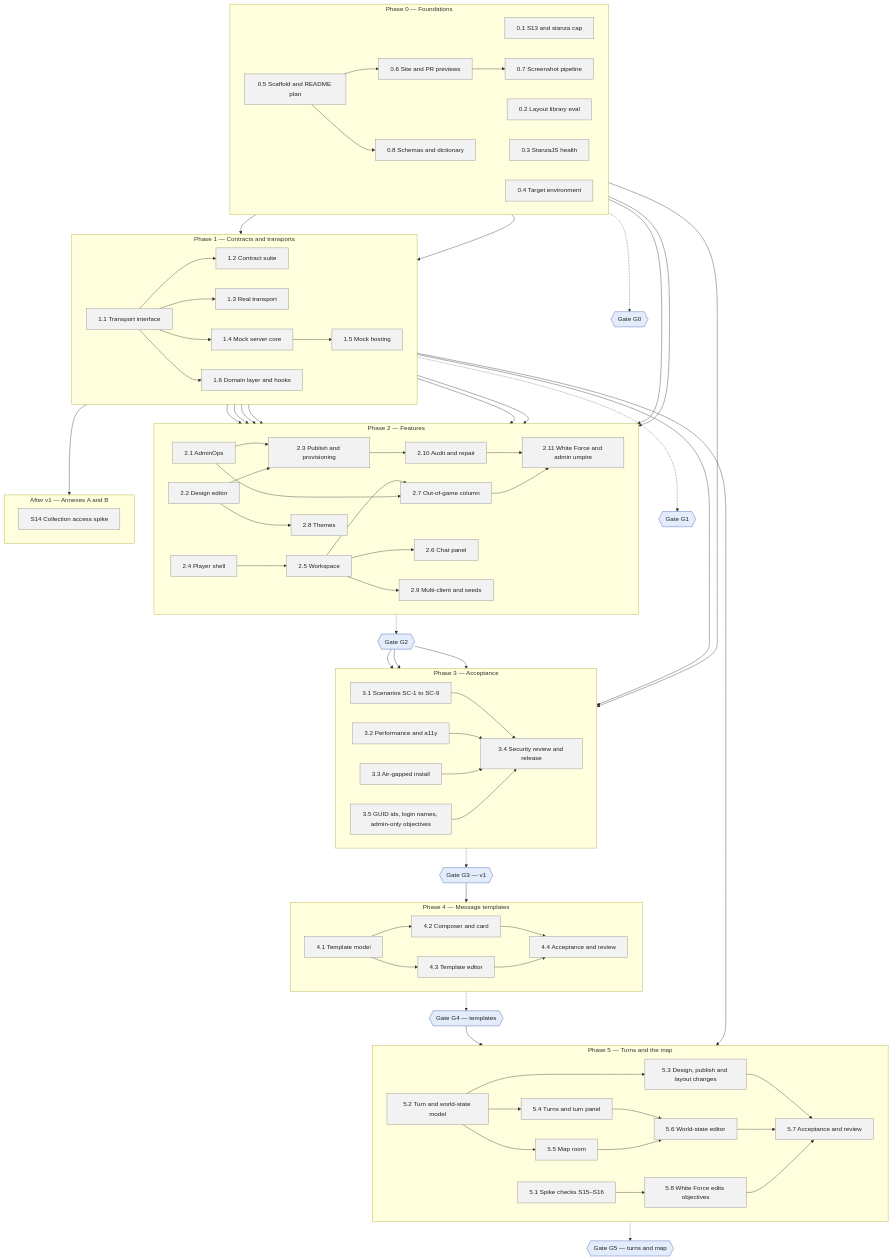
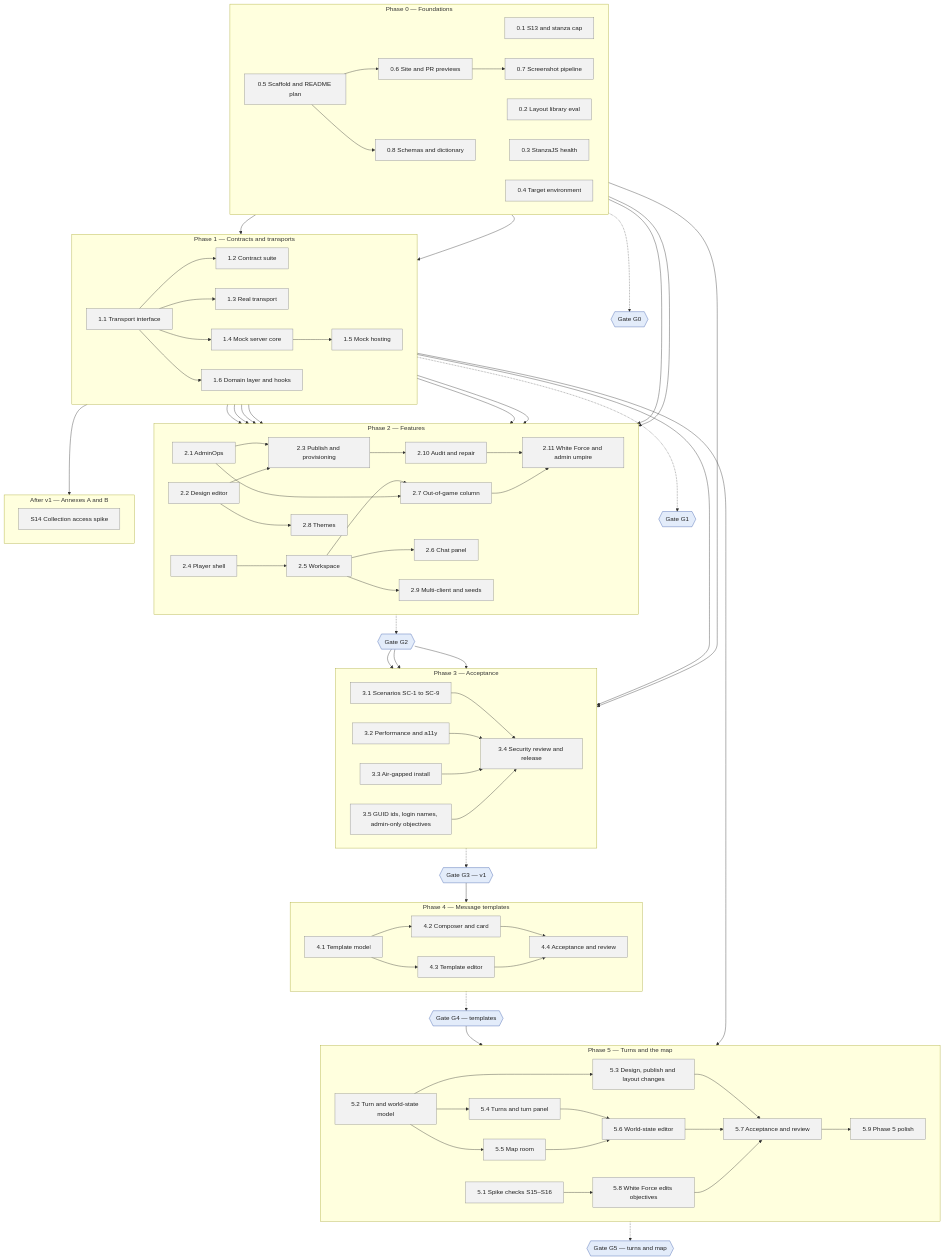
The diagram in WRX1-Dev-Plan.md (serge-web/war-rooms-x2), drawn with Mermaid before and after one commit. The commit also changed other lines of this file and 6 other files, not shown here.

First line of the commit message:
WP 5.9 done: reviews, plan row, chart node and release notes

````diff
--- a/WRX1-Dev-Plan.md
+++ b/WRX1-Dev-Plan.md
@@ -172,6 +173,7 @@
         wp56["5.6 World-state editor"]
         wp58["5.8 White Force edits objectives"]
         wp57["5.7 Acceptance and review"]
+        wp59["5.9 Phase 5 polish"]
     end
     subgraph PX["After v1 — Annexes A and B"]
         direction LR
@@ -217,12 +219,13 @@
     wp54 & wp55 --> wp56
     wp51 --> wp58
     wp53 & wp56 & wp58 --> wp57
+    wp57 --> wp59
     P5 -.-> G5
 
     classDef todo fill:#f2f2f2,stroke:#888,color:#222
     classDef active fill:#fff1c2,stroke:#c9a000,color:#222,stroke-width:2px
     classDef done fill:#d6f0dc,stroke:#2e7d32,color:#222
     classDef gate fill:#e3ecfa,stroke:#3b5bab,color:#222
-    class wp01,wp02,wp03,wp04,wp05,wp06,wp07,wp08,wp11,wp12,wp13,wp14,wp15,wp16,wp21,wp22,wp23,wp210,wp211,wp24,wp25,wp26,wp27,wp28,wp29,wp31,wp32,wp33,wp34,wp35,wps14,wp41,wp42,wp43,wp44,wp51,wp52,wp53,wp54,wp55,wp56,wp57,wp58 todo
+    class wp01,wp02,wp03,wp04,wp05,wp06,wp07,wp08,wp11,wp12,wp13,wp14,wp15,wp16,wp21,wp22,wp23,wp210,wp211,wp24,wp25,wp26,wp27,wp28,wp29,wp31,wp32,wp33,wp34,wp35,wps14,wp41,wp42,wp43,wp44,wp51,wp52,wp53,wp54,wp55,wp56,wp57,wp58,wp59 todo
     class G0,G1,G2,G3,G4,G5 gate
 ```
````
